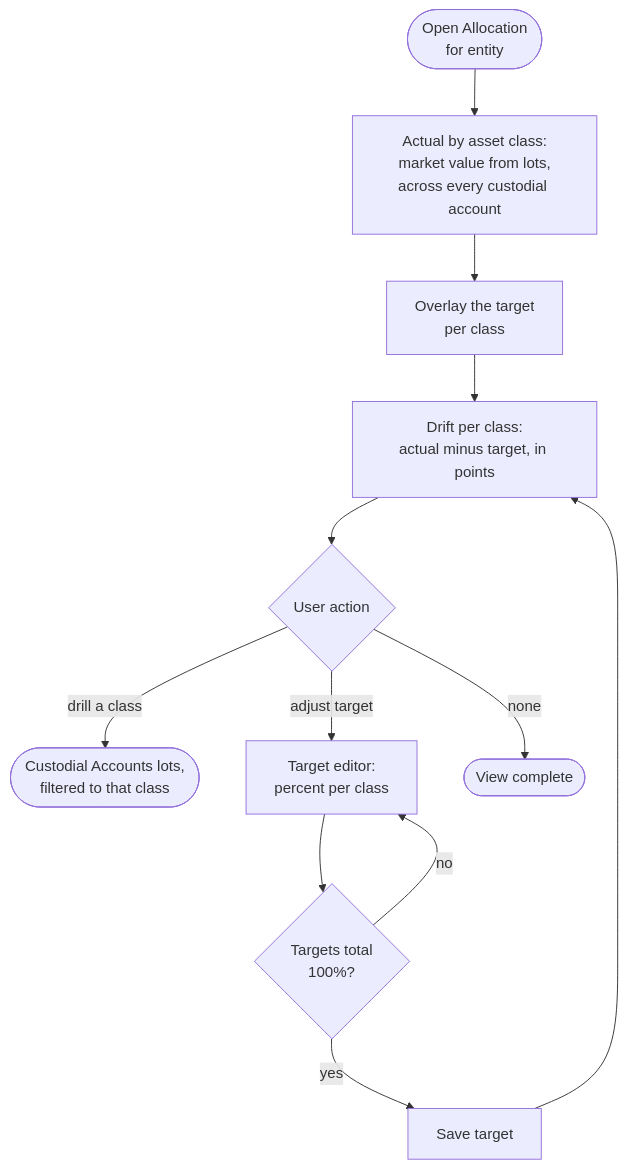
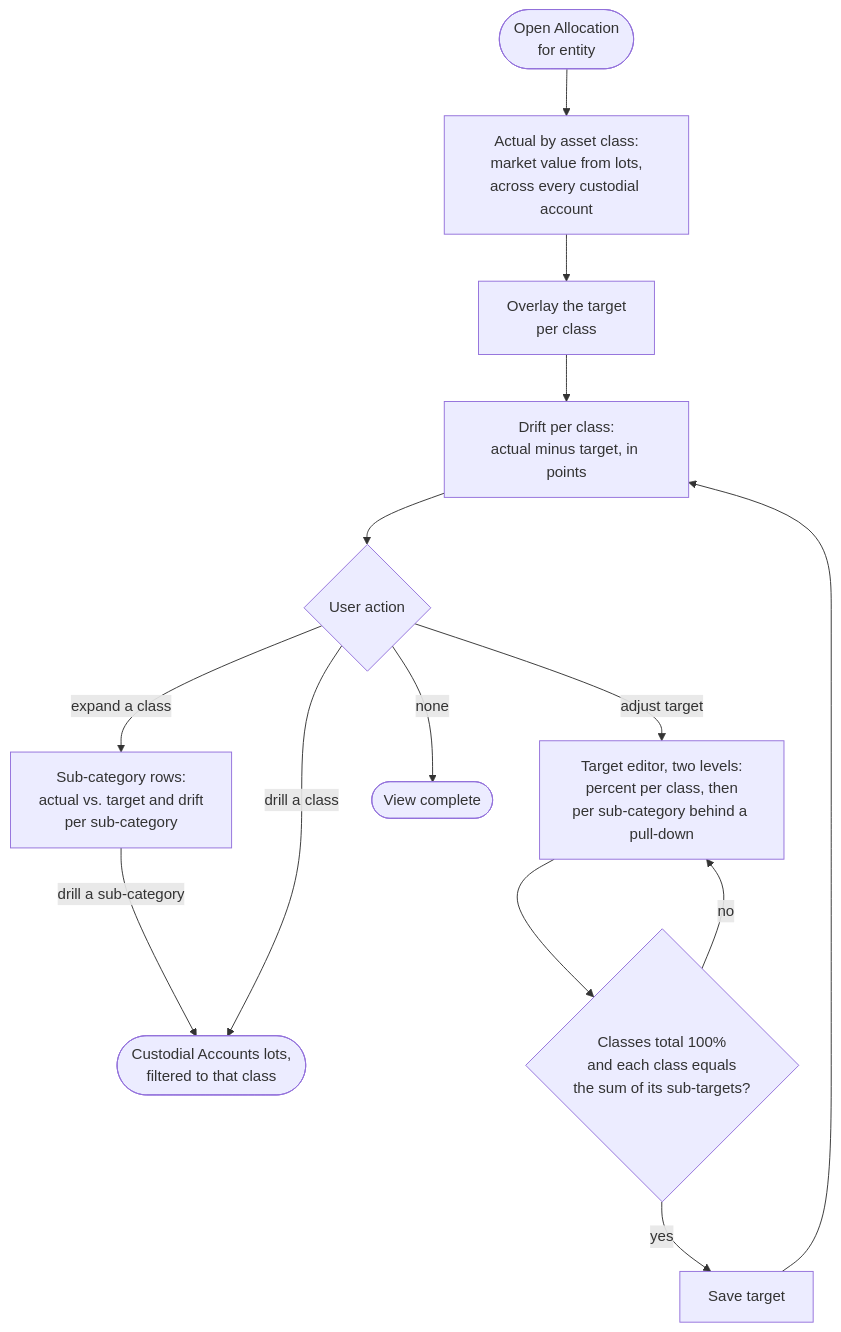
Before and after one commit to richmosko/polycarpic: the diagram in docs/DESIGN/flows/allocation-flow.md, drawn with Mermaid. The commit also changed other lines of this file and 4 other files, not shown here.

First line of the commit message:
docs(design): Allocation sub-category pull-downs and two-level targets

````diff
--- a/docs/DESIGN/flows/allocation-flow.md
+++ b/docs/DESIGN/flows/allocation-flow.md
@@ -5,14 +5,16 @@
 ```mermaid
 flowchart TD
   open([Open Allocation\nfor entity]) --> actual[Actual by asset class:\nmarket value from lots,\nacross every custodial account]
   actual --> target[Overlay the target\nper class]
   target --> drift[Drift per class:\nactual minus target, in points]
   drift --> act{User action}
+  act -- expand a class --> subs[Sub-category rows:\nactual vs. target and drift\nper sub-category]
+  subs -- drill a sub-category --> lots
   act -- drill a class --> lots([Custodial Accounts lots,\nfiltered to that class])
-  act -- adjust target --> edit[Target editor:\npercent per class]
-  edit --> sum{Targets total\n100%?}
+  act -- adjust target --> edit[Target editor, two levels:\npercent per class, then\nper sub-category behind a pull-down]
+  edit --> sum{Classes total 100%\nand each class equals\nthe sum of its sub-targets?}
   sum -- no --> edit
   sum -- yes --> save[Save target]
   save --> drift
   act -- none --> done([View complete])
 ```
````
